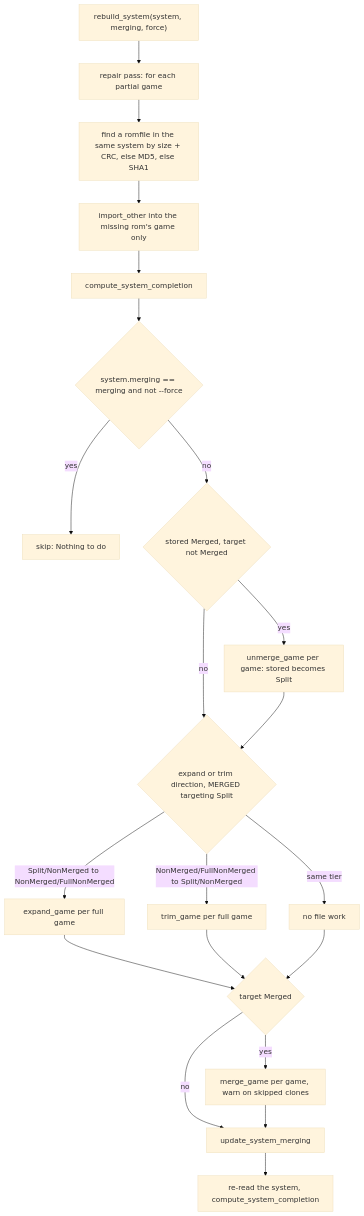
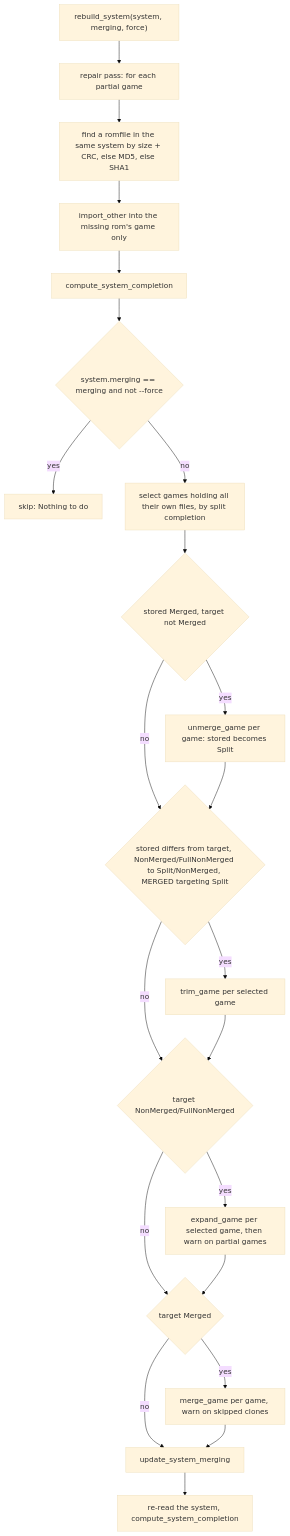
Before and after one commit to alucryd/oxyromon: the first of 2 diagrams in openwiki/workflows/arcade-rebuild-and-playlists.md, drawn with Mermaid (base theme). The commit also changed other lines of this file and 30 other files, not shown here.

````diff
--- a/openwiki/workflows/arcade-rebuild-and-playlists.md
+++ b/openwiki/workflows/arcade-rebuild-and-playlists.md
@@ -184,23 +186,24 @@
 ```mermaid
 flowchart TD
     A["rebuild_system(system, merging, force)"] --> B["repair pass: for each partial game"]
     B --> C["find a romfile in the same system by size + CRC, else MD5, else SHA1"]
     C --> D["import_other into the missing rom's game only"]
     D --> E["compute_system_completion"]
     E --> F{"system.merging == merging and not --force"}
     F -->|yes| G["skip: Nothing to do"]
-    F -->|no| U{"stored Merged, target not Merged"}
+    F -->|no| S["select games holding all their own files, by split completion"]
+    S --> U{"stored Merged, target not Merged"}
     U -->|yes| V["unmerge_game per game: stored becomes Split"]
     U -->|no| H
-    V --> H{"expand or trim direction, MERGED targeting Split"}
-    H -->|"Split/NonMerged to NonMerged/FullNonMerged"| I["expand_game per full game"]
-    H -->|"NonMerged/FullNonMerged to Split/NonMerged"| J["trim_game per full game"]
-    H -->|same tier| K["no file work"]
+    V --> H{"stored differs from target, NonMerged/FullNonMerged to Split/NonMerged, MERGED targeting Split"}
+    H -->|yes| J["trim_game per selected game"]
+    H -->|no| N
+    J --> N{"target NonMerged/FullNonMerged"}
+    N -->|yes| I["expand_game per selected game, then warn on partial games"]
+    N -->|no| W
     I --> W{"target Merged"}
-    J --> W
-    K --> W
     W -->|yes| X["merge_game per game, warn on skipped clones"]
     W -->|no| L
     X --> L["update_system_merging"]
     L --> M["re-read the system, compute_system_completion"]
 ```
````
